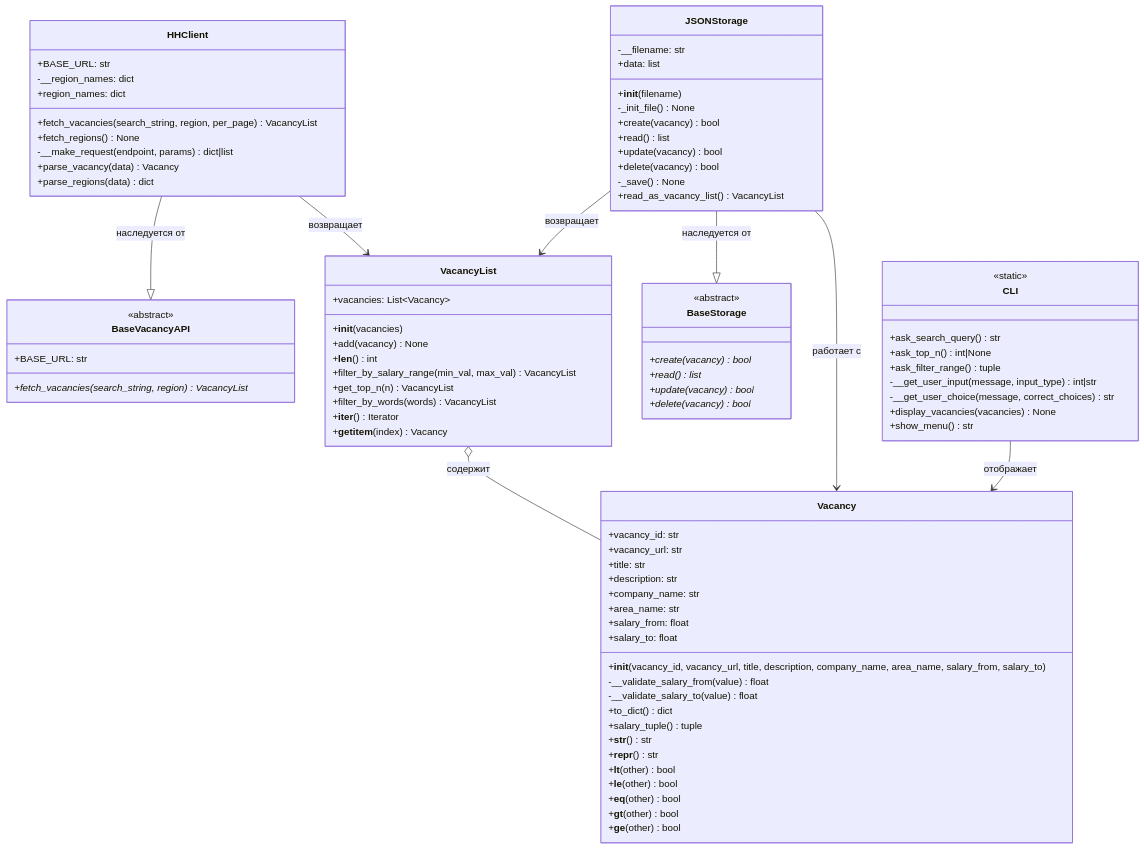
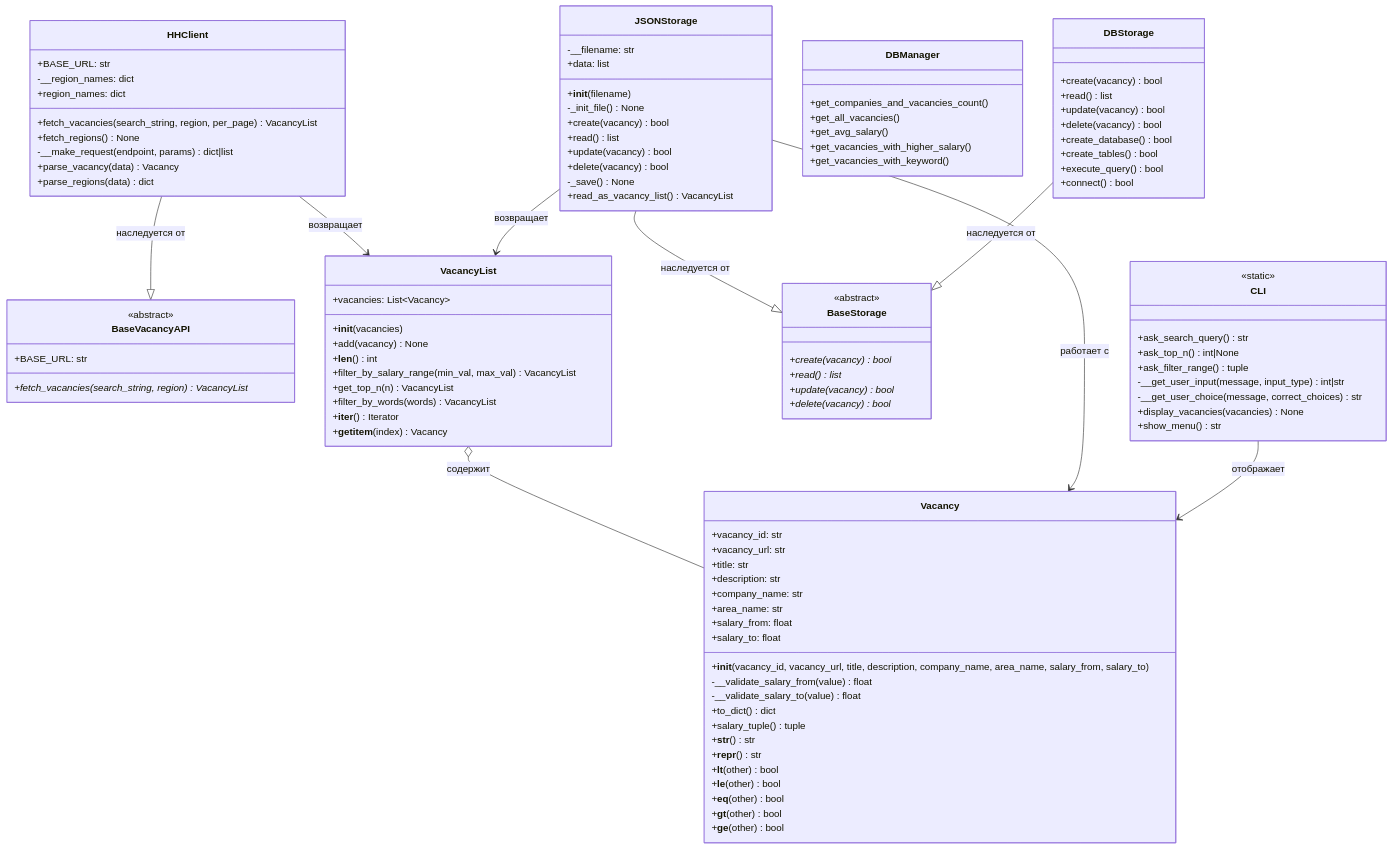
One commit to dagniden/HHParser changed the diagram in README.md. Above: the diagram before and after it, drawn with Mermaid. The commit also changed other lines of this file, not shown here.

```diff
--- a/README.md
+++ b/README.md
@@ -106,7 +107,26 @@
         +update(vacancy)* bool
         +delete(vacancy)* bool
     }
-
+    
+    class DBStorage {
+        +create(vacancy) bool
+        +read() list
+        +update(vacancy) bool
+        +delete(vacancy) bool
+        +create_database() bool
+        +create_tables() bool
+        +execute_query() bool
+        +connect() bool
+    }
+    
+    class DBManager {
+        +get_companies_and_vacancies_count()
+        +get_all_vacancies()
+        +get_avg_salary()
+        +get_vacancies_with_higher_salary()
+        +get_vacancies_with_keyword()
+    }
+    
     class JSONStorage {
         -__filename: str
         +data: list
@@ -135,6 +155,7 @@
     HHClient --> VacancyList: возвращает
     VacancyList o-- Vacancy: содержит
     JSONStorage --|> BaseStorage: наследуется от
+    DBStorage --|> BaseStorage: наследуется от
     JSONStorage --> VacancyList: возвращает
     JSONStorage --> Vacancy: работает с
     CLI --> Vacancy: отображает
```
